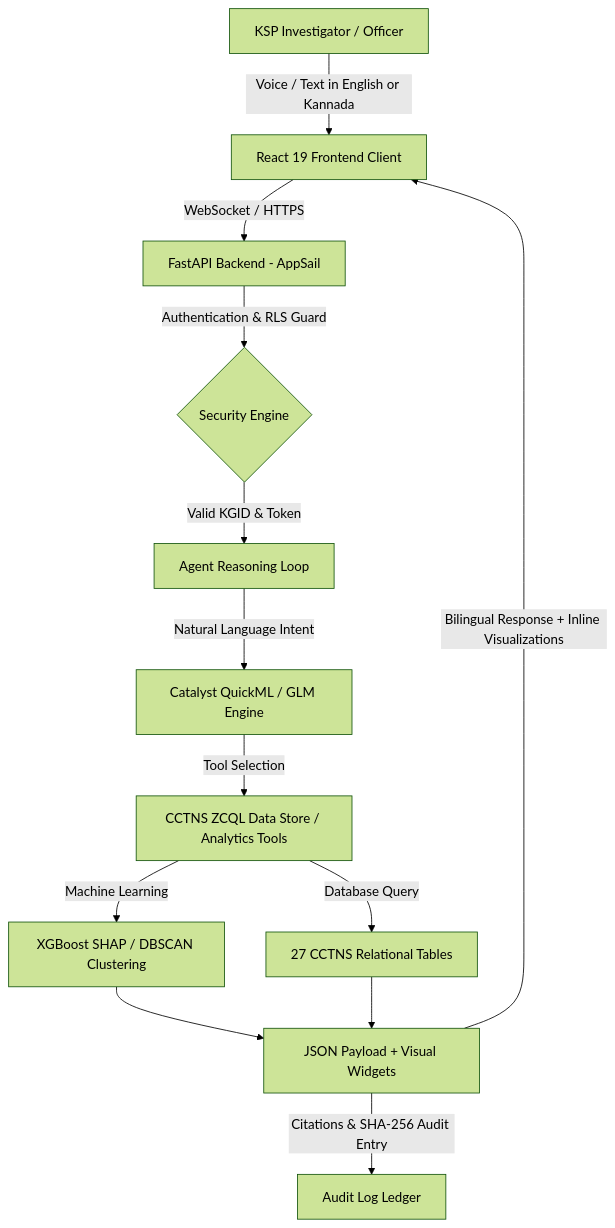
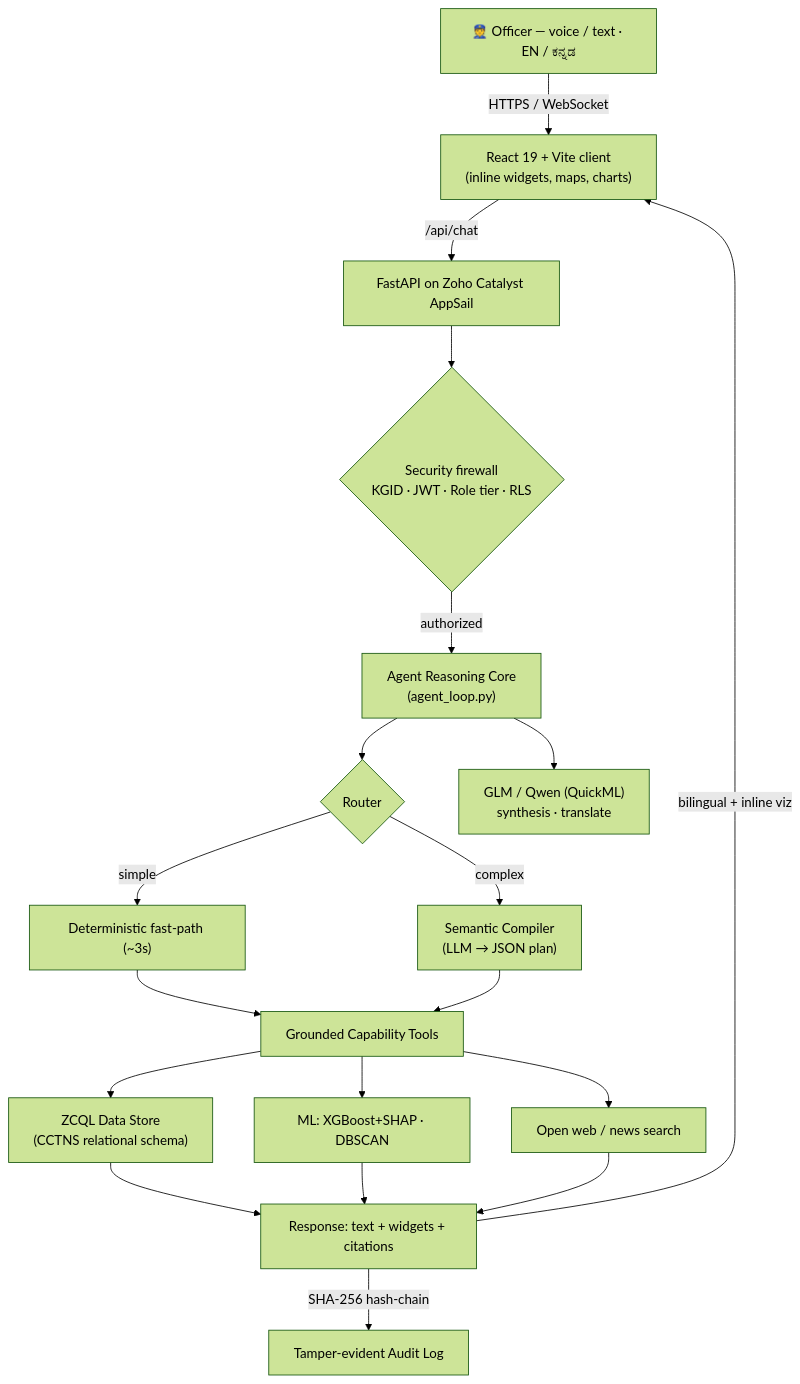
The first of 5 diagrams in README.md (BCSAKETH/VAJRA), drawn with Mermaid (forest theme) before and after one commit. The commit also changed other lines of this file and 1 other file, not shown here.

````diff
--- a/README.md
+++ b/README.md
@@ -55,15 +98,21 @@
 ```mermaid
 graph TD
-    A[KSP Investigator / Officer] -->|Voice / Text in English or Kannada| B[React 19 Frontend Client]
-    B -->|WebSocket / HTTPS| C[FastAPI Backend - AppSail]
-    C -->|Authentication & RLS Guard| D{Security Engine}
-    D -->|Valid KGID & Token| E[Agent Reasoning Loop]
-    E -->|Natural Language Intent| F[Catalyst QuickML / GLM Engine]
-    F -->|Tool Selection| G[CCTNS ZCQL Data Store / Analytics Tools]
-    G -->|Machine Learning| H[XGBoost SHAP / DBSCAN Clustering]
-    G -->|Database Query| I[27 CCTNS Relational Tables]
-    H --> J[JSON Payload + Visual Widgets]
-    I --> J
-    J -->|Citations & SHA-256 Audit Entry| K[Audit Log Ledger]
-    J -->|Bilingual Response + Inline Visualizations| B
+    A["👮 Officer — voice / text · EN / ಕನ್ನಡ"] -->|HTTPS / WebSocket| B["React 19 + Vite client<br/>(inline widgets, maps, charts)"]
+    B -->|"/api/chat"| C["FastAPI on Zoho Catalyst AppSail"]
+    C --> D{"Security firewall<br/>KGID · JWT · Role tier · RLS"}
+    D -->|authorized| E["Agent Reasoning Core<br/>(agent_loop.py)"]
+    E --> F{"Router"}
+    F -->|simple| G["Deterministic fast‑path (~3s)"]
+    F -->|complex| H["Semantic Compiler<br/>(LLM → JSON plan)"]
+    G --> T["Grounded Capability Tools"]
+    H --> T
+    T --> I["ZCQL Data Store<br/>(CCTNS relational schema)"]
+    T --> J["ML: XGBoost+SHAP · DBSCAN"]
+    T --> K["Open web / news search"]
+    E --> L["GLM / Qwen (QuickML)<br/>synthesis · translate"]
+    I --> M["Response: text + widgets + citations"]
+    J --> M
+    K --> M
+    M -->|SHA‑256 hash‑chain| N["Tamper‑evident Audit Log"]
+    M -->|bilingual + inline viz| B
 ```
````
